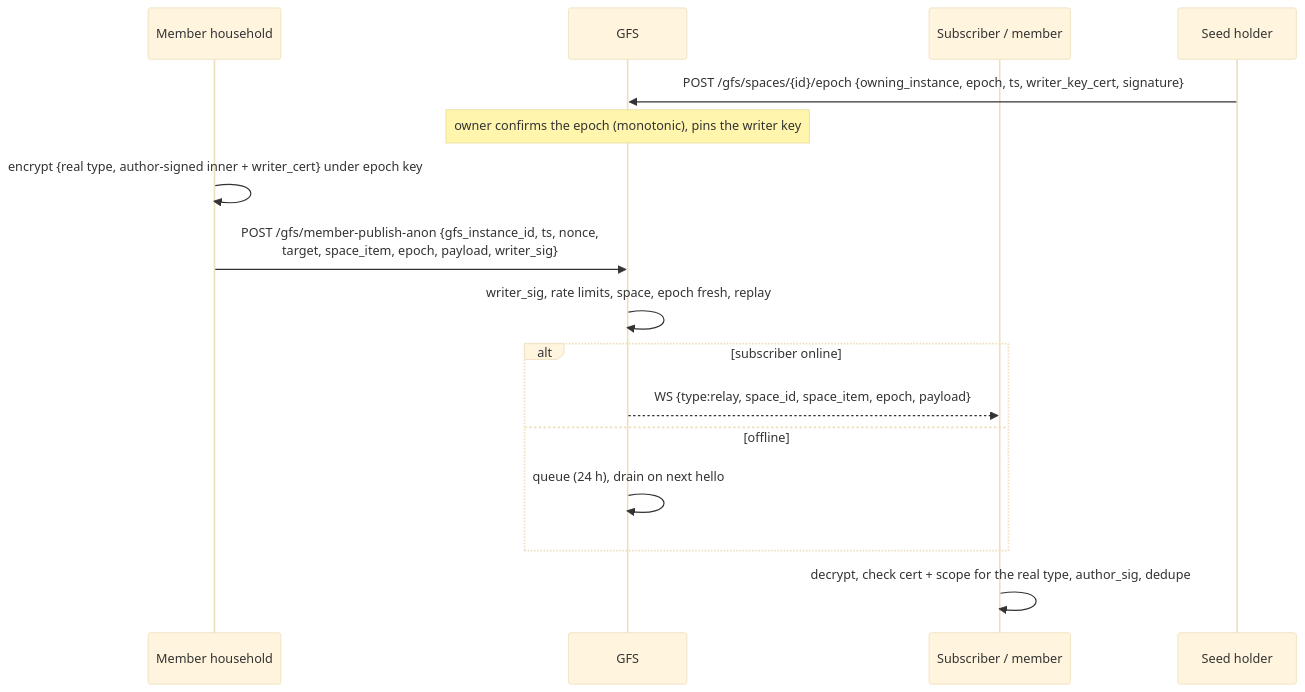
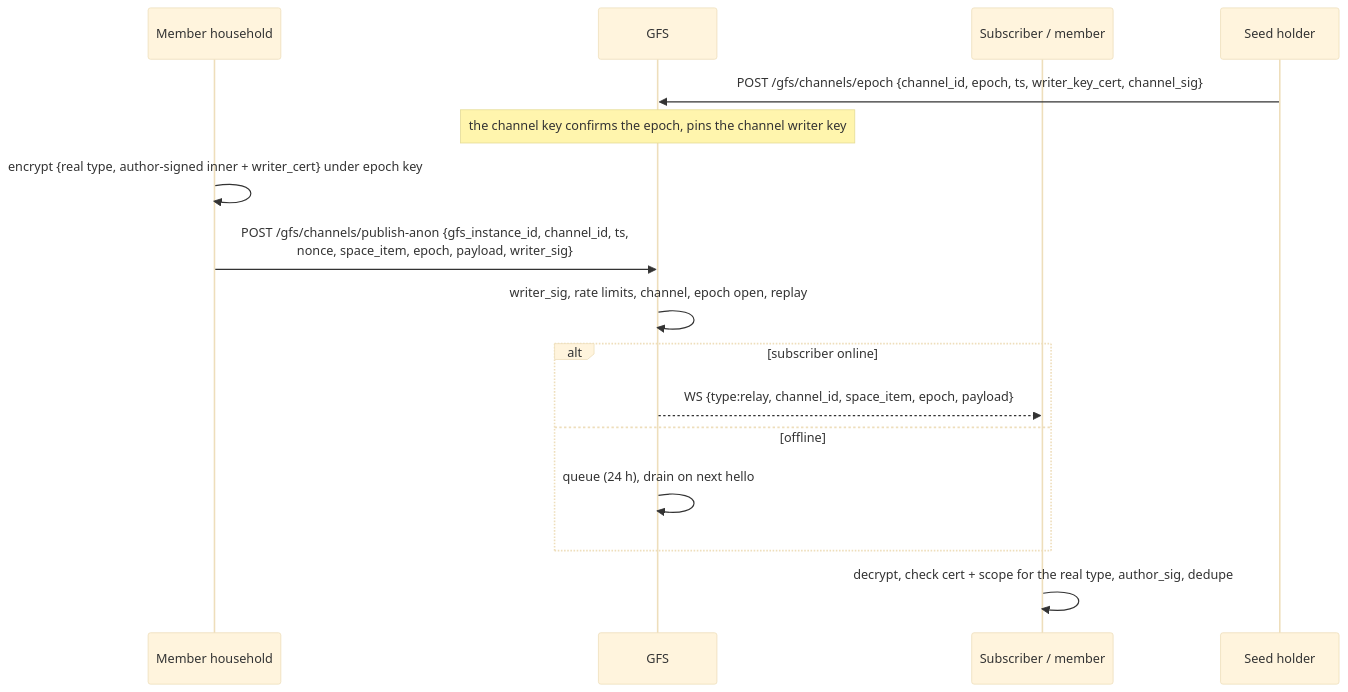
The fifth of 10 diagrams in docs/protocol/discovery.md (social-home-io/socialhome), drawn with Mermaid (base theme) before and after one commit. The commit also changed other lines of this file and 447 other files, not shown here.

First line of the commit message:
Follow any public or global space with one read-only seat, on every path — and step up to member when you want (#1434)

````diff
--- a/docs/protocol/discovery.md
+++ b/docs/protocol/discovery.md
@@ -2737,18 +1281,18 @@
 ```mermaid
 sequenceDiagram
     participant M as Member household
     participant G as GFS
     participant S as Subscriber / member
     participant O as Seed holder
-    O->>G: POST /gfs/spaces/{id}/epoch {owning_instance, epoch, ts, writer_key_cert, signature}
-    Note over G: owner confirms the epoch (monotonic), pins the writer key
+    O->>G: POST /gfs/channels/epoch {channel_id, epoch, ts, writer_key_cert, channel_sig}
+    Note over G: the channel key confirms the epoch, pins the channel writer key
     M->>M: encrypt {real type, author-signed inner + writer_cert} under epoch key
-    M->>G: POST /gfs/member-publish-anon {gfs_instance_id, ts, nonce,<br/>target, space_item, epoch, payload, writer_sig}
-    G->>G: writer_sig, rate limits, space, epoch fresh, replay
+    M->>G: POST /gfs/channels/publish-anon {gfs_instance_id, channel_id, ts,<br/>nonce, space_item, epoch, payload, writer_sig}
+    G->>G: writer_sig, rate limits, channel, epoch open, replay
     alt subscriber online
-        G-->>S: WS {type:relay, space_id, space_item, epoch, payload}
+        G-->>S: WS {type:relay, channel_id, space_item, epoch, payload}
     else offline
         G->>G: queue (24 h), drain on next hello
     end
     S->>S: decrypt, check cert + scope for the real type, author_sig, dedupe
 ```
````
